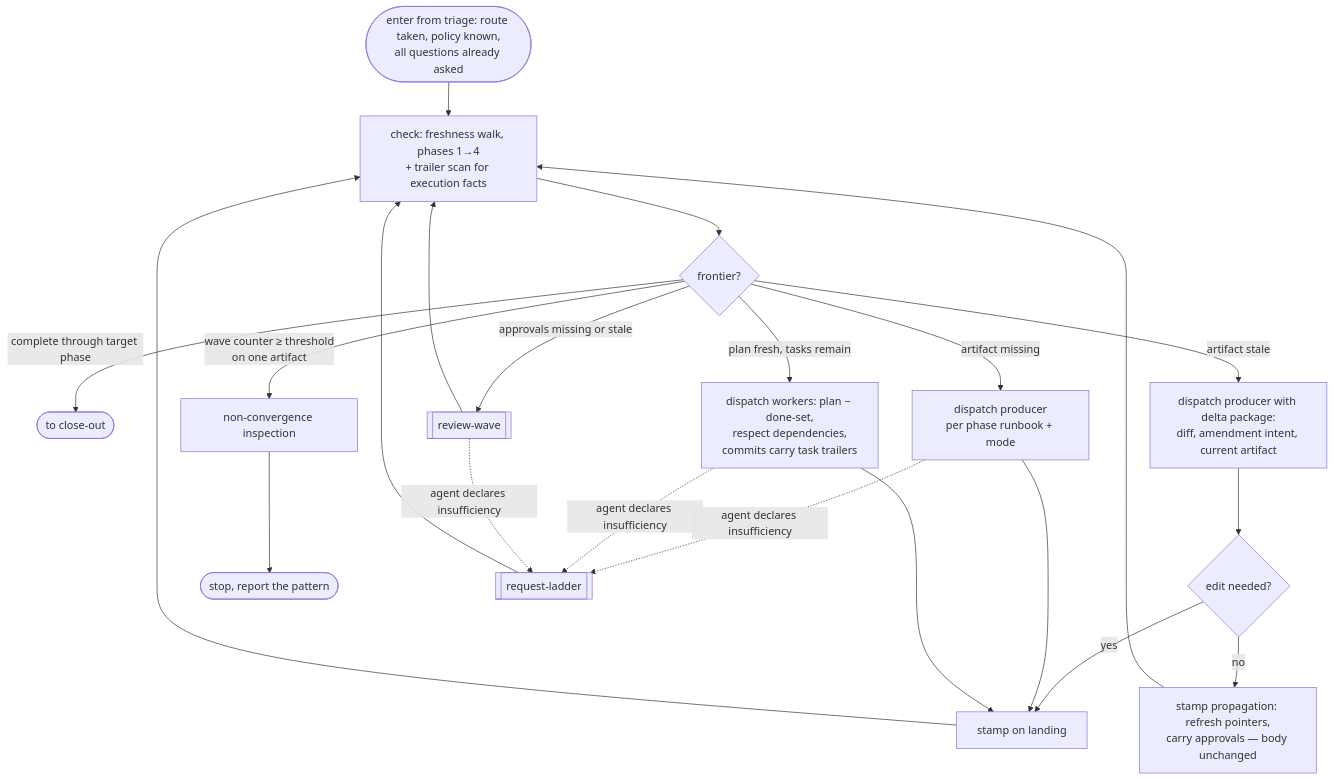
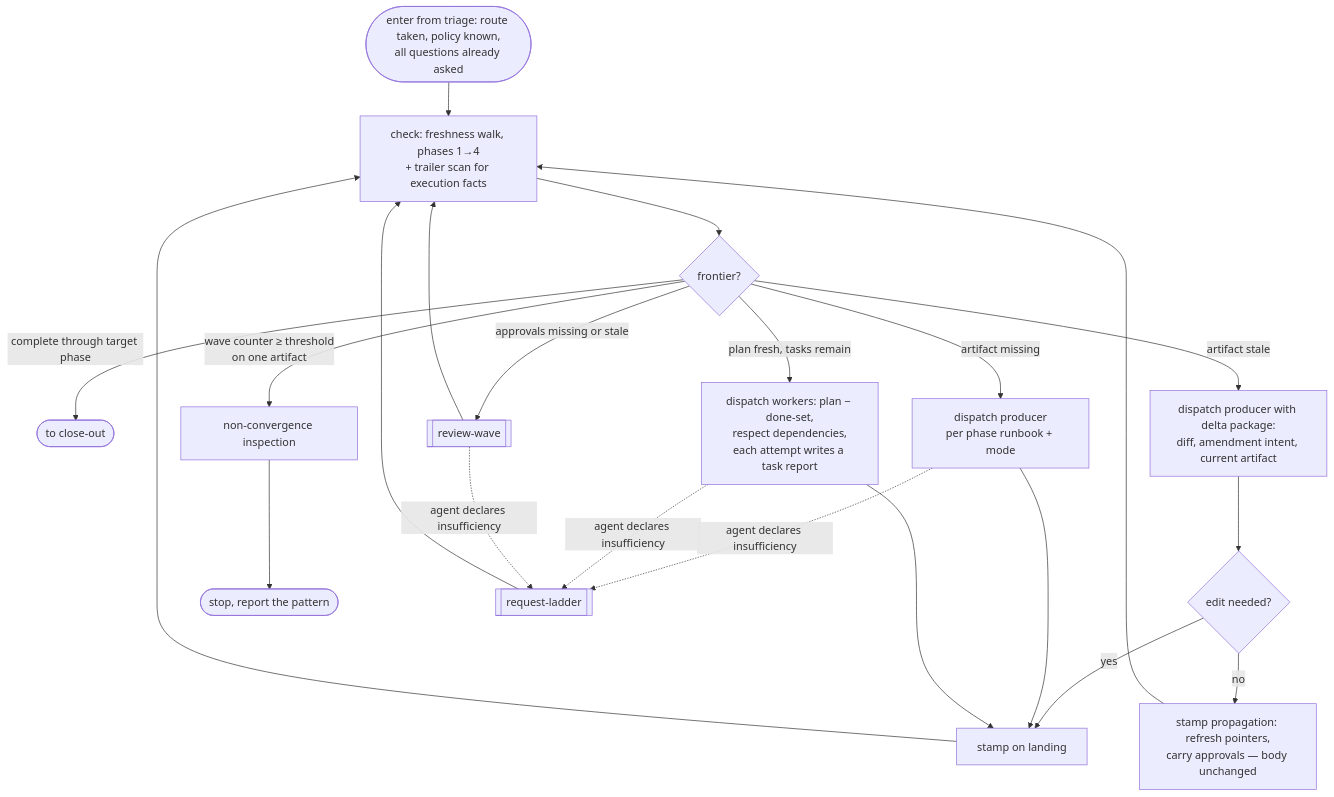
One commit to Automattic/radical-pipelines changed the diagram in docs/flowcharts/convergence-loop.md. Above: the diagram before and after it, drawn with Mermaid. The commit also changed 22 other files, not shown here.

Commit message:
Task reports replace trailers; triggers pending until absorbed; build review freshness by code diff; recurrence marks; pins relative to the pipeline folder

````diff
--- a/docs/flowcharts/convergence-loop.md
+++ b/docs/flowcharts/convergence-loop.md
@@ -3,27 +3,27 @@
 ```mermaid
 flowchart TD
     A([enter from triage: route taken, policy known,<br/>all questions already asked]) --> CK
     CK[check: freshness walk, phases 1→4<br/>+ trailer scan for execution facts] --> F{frontier?}
 
     F -->|complete through target phase| DONE([to close-out])
     F -->|artifact missing| PM[dispatch producer<br/>per phase runbook + mode]
     F -->|artifact stale| PS[dispatch producer with delta package:<br/>diff, amendment intent, current artifact]
     F -->|approvals missing or stale| RW[[review-wave]]
-    F -->|plan fresh, tasks remain| W[dispatch workers: plan − done-set,<br/>respect dependencies,<br/>commits carry task trailers]
+    F -->|plan fresh, tasks remain| W[dispatch workers: plan − done-set,<br/>respect dependencies,<br/>each attempt writes a task report]
     F -->|wave counter ≥ threshold<br/>on one artifact| NC[non-convergence inspection]
 
     PS --> NE{edit needed?}
     NE -->|yes| LAND[stamp on landing]
     NE -->|no| SP[stamp propagation: refresh pointers,<br/>carry approvals — body unchanged]
     SP --> CK
     PM --> LAND
     W --> LAND
     RW --> CK
     LAND --> CK
     NC --> STOP([stop, report the pattern])
 
     PM -.agent declares insufficiency.-> RL[[request-ladder]]
     W -.agent declares insufficiency.-> RL
     RW -.agent declares insufficiency.-> RL
     RL --> CK
 ```
````
